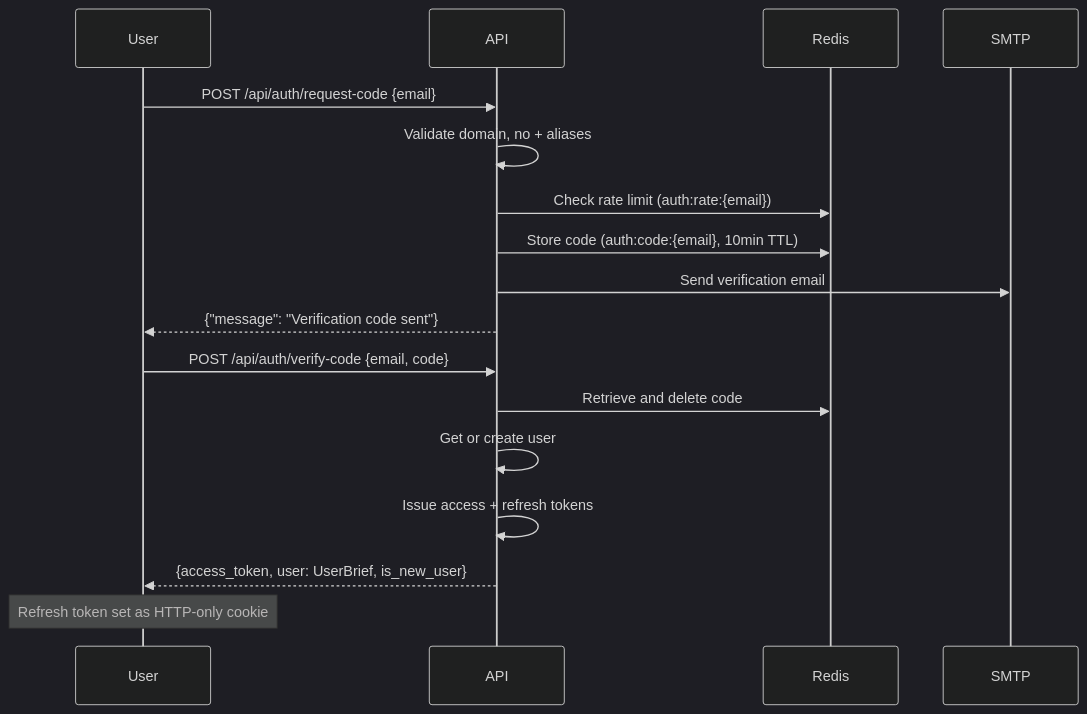
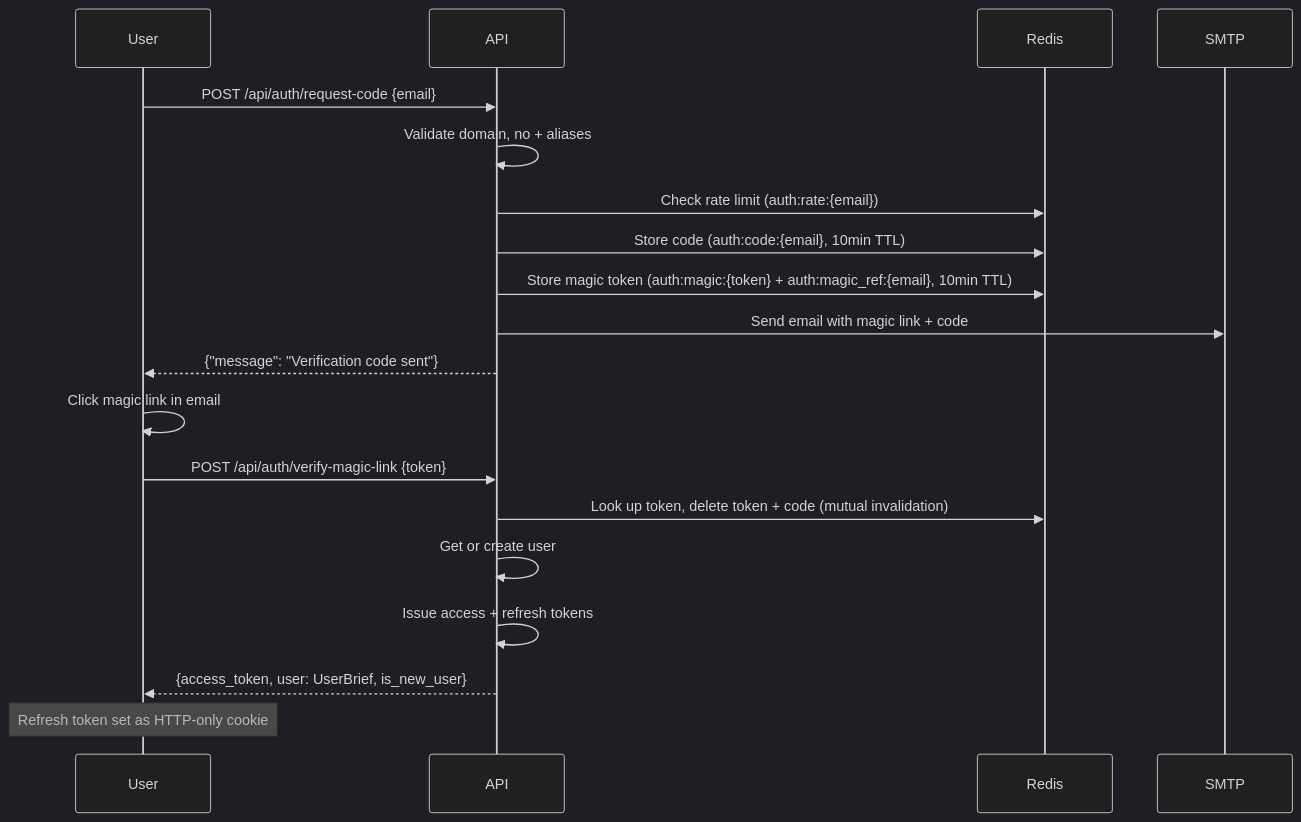
One commit to Theo-Darvoux/WikINT changed the first of 3 diagrams in docs/api/authentication.md. Above: the diagram before and after it, drawn with Mermaid (dark theme). The commit also changed other lines of this file and 48 other files, not shown here.

````diff
--- a/docs/api/authentication.md
+++ b/docs/api/authentication.md
@@ -11,21 +13,23 @@
 ```mermaid
 sequenceDiagram
     participant U as User
     participant A as API
     participant R as Redis
     participant S as SMTP
 
     U->>A: POST /api/auth/request-code {email}
     A->>A: Validate domain, no + aliases
     A->>R: Check rate limit (auth:rate:{email})
     A->>R: Store code (auth:code:{email}, 10min TTL)
-    A->>S: Send verification email
+    A->>R: Store magic token (auth:magic:{token} + auth:magic_ref:{email}, 10min TTL)
+    A->>S: Send email with magic link + code
     A-->>U: {"message": "Verification code sent"}
 
-    U->>A: POST /api/auth/verify-code {email, code}
-    A->>R: Retrieve and delete code
+    U->>U: Click magic link in email
+    U->>A: POST /api/auth/verify-magic-link {token}
+    A->>R: Look up token, delete token + code (mutual invalidation)
     A->>A: Get or create user
     A->>A: Issue access + refresh tokens
     A-->>U: {access_token, user: UserBrief, is_new_user}
     Note over U: Refresh token set as HTTP-only cookie
 ```
````
